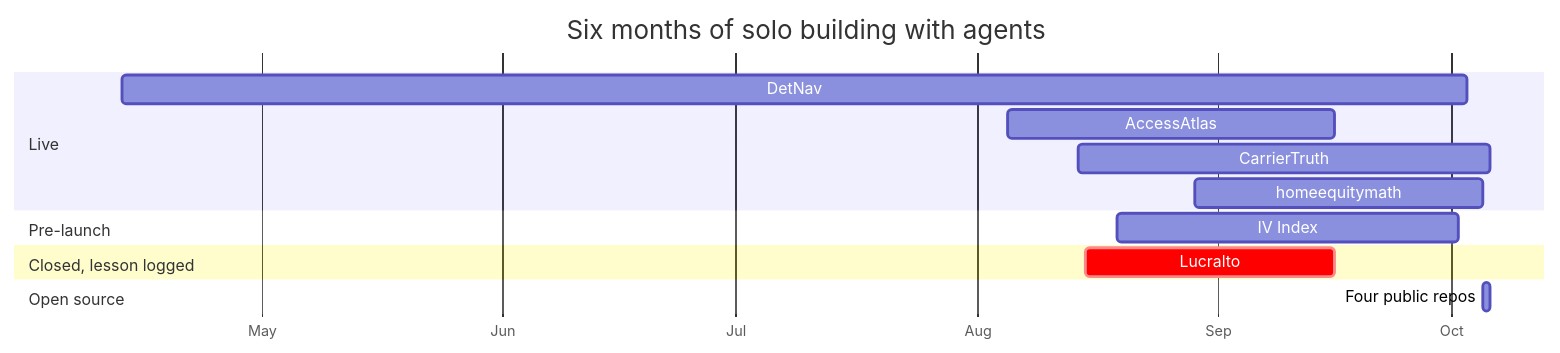
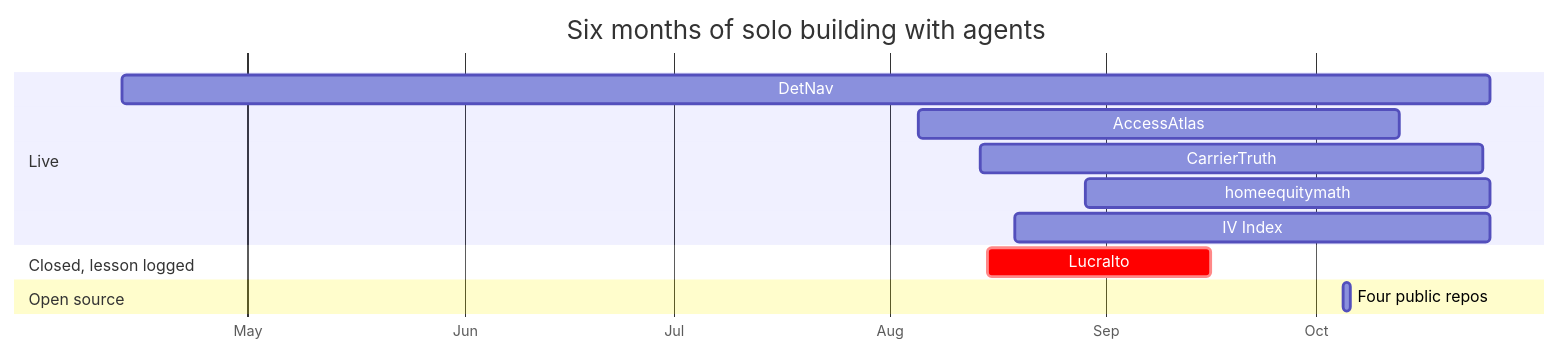
The second of 2 diagrams in README.md (kabluk/kabluk), drawn with Mermaid before and after one commit. The commit also changed other lines of this file and 1 other file, not shown here.

Commit message:
Weekly profile refresh 2026-10-26: 6 live sites, ~2,500 commits, ~2,500 tests, IV Index live, timeline to today
Claude-Session: https://claude.ai/code/session_01X6sACesWwRAYsjv873DV4F

````diff
--- a/README.md
+++ b/README.md
@@ -47,17 +47,16 @@
 ```mermaid
 gantt
   title Six months of solo building with agents
   dateFormat YYYY-MM-DD
   axisFormat %b
   section Live
-  DetNav            :2026-04-13, 2026-10-03
-  AccessAtlas       :2026-08-05, 2026-09-16
-  CarrierTruth      :2026-08-14, 2026-10-06
-  homeequitymath    :2026-08-29, 2026-10-05
-  section Pre-launch
-  IV Index          :2026-08-19, 2026-10-02
+  DetNav            :2026-04-13, 2026-10-26
+  AccessAtlas       :2026-08-05, 2026-10-13
+  CarrierTruth      :2026-08-14, 2026-10-25
+  homeequitymath    :2026-08-29, 2026-10-26
+  IV Index          :2026-08-19, 2026-10-26
   section Closed, lesson logged
   Lucralto          :crit, 2026-08-15, 2026-09-16
   section Open source
   Four public repos :2026-10-05, 2026-10-06
 ```
````
